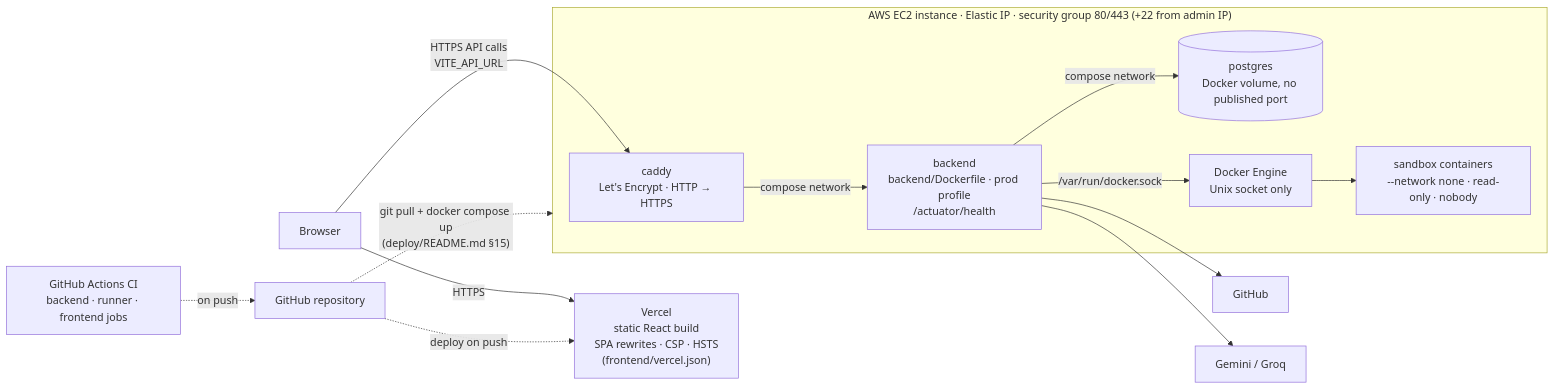
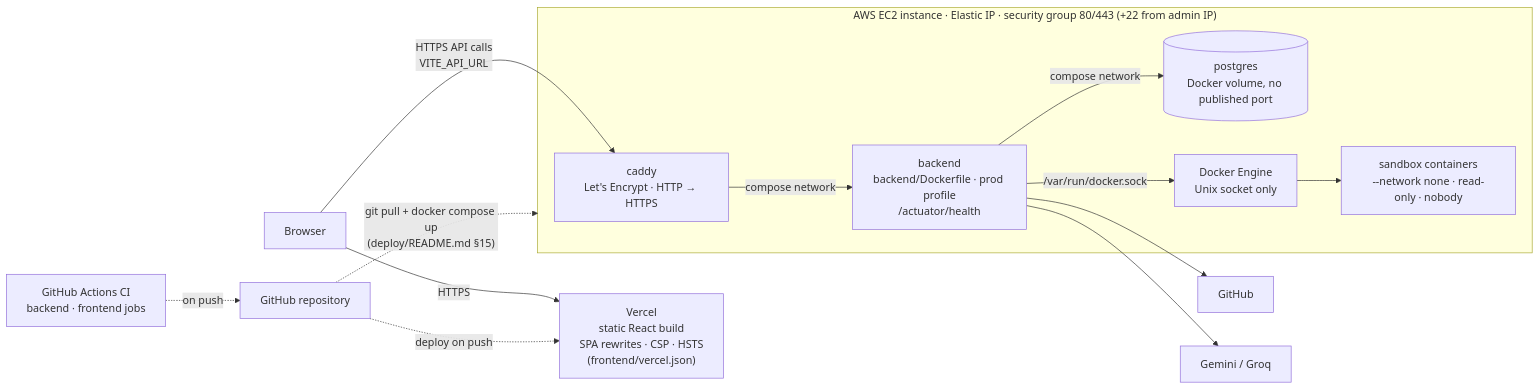
The eighth of 8 diagrams in ARCHITECTURE.md (Amartya989870xxxx/Engiens), drawn with Mermaid before and after one commit. The commit also changed other lines of this file and 30 other files, not shown here.

````diff
--- a/ARCHITECTURE.md
+++ b/ARCHITECTURE.md
@@ -247,21 +243,21 @@
 ```mermaid
 flowchart LR
     B["Browser"] -- HTTPS --> V["Vercel<br/>static React build<br/>SPA rewrites · CSP · HSTS<br/>(frontend/vercel.json)"]
     B -- "HTTPS API calls<br/>VITE_API_URL" --> CD
     subgraph EC2["AWS EC2 instance · Elastic IP · security group 80/443 (+22 from admin IP)"]
         CD["caddy<br/>Let's Encrypt · HTTP → HTTPS"]
         BE["backend<br/>backend/Dockerfile · prod profile<br/>/actuator/health"]
         PG[("postgres<br/>Docker volume, no published port")]
         DE["Docker Engine<br/>Unix socket only"]
         SB["sandbox containers<br/>--network none · read-only · nobody"]
         CD -- "compose network" --> BE
         BE -- "compose network" --> PG
         BE -- "/var/run/docker.sock" --> DE
         DE --> SB
     end
     BE --> GH["GitHub"]
     BE --> AI["Gemini / Groq"]
-    CI["GitHub Actions CI<br/>backend · runner · frontend jobs"] -. "on push" .-> GHR["GitHub repository"]
+    CI["GitHub Actions CI<br/>backend · frontend jobs"] -. "on push" .-> GHR["GitHub repository"]
     GHR -. "deploy on push" .-> V
     GHR -. "git pull + docker compose up<br/>(deploy/README.md §15)" .-> EC2
 ```
````
